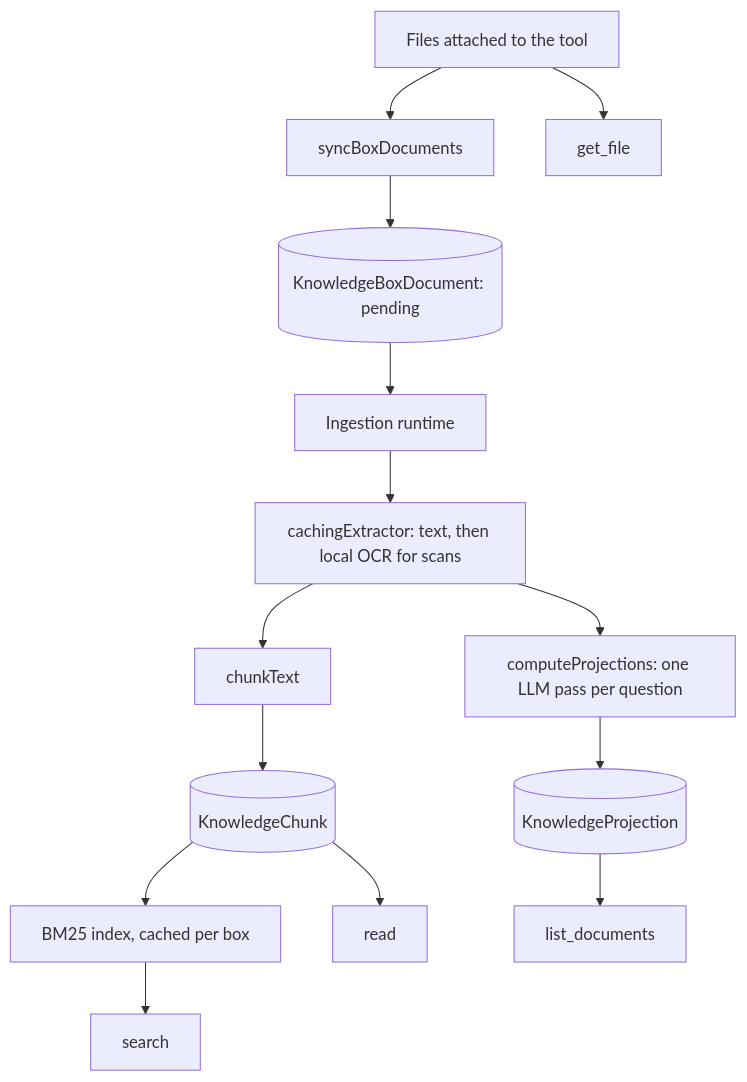
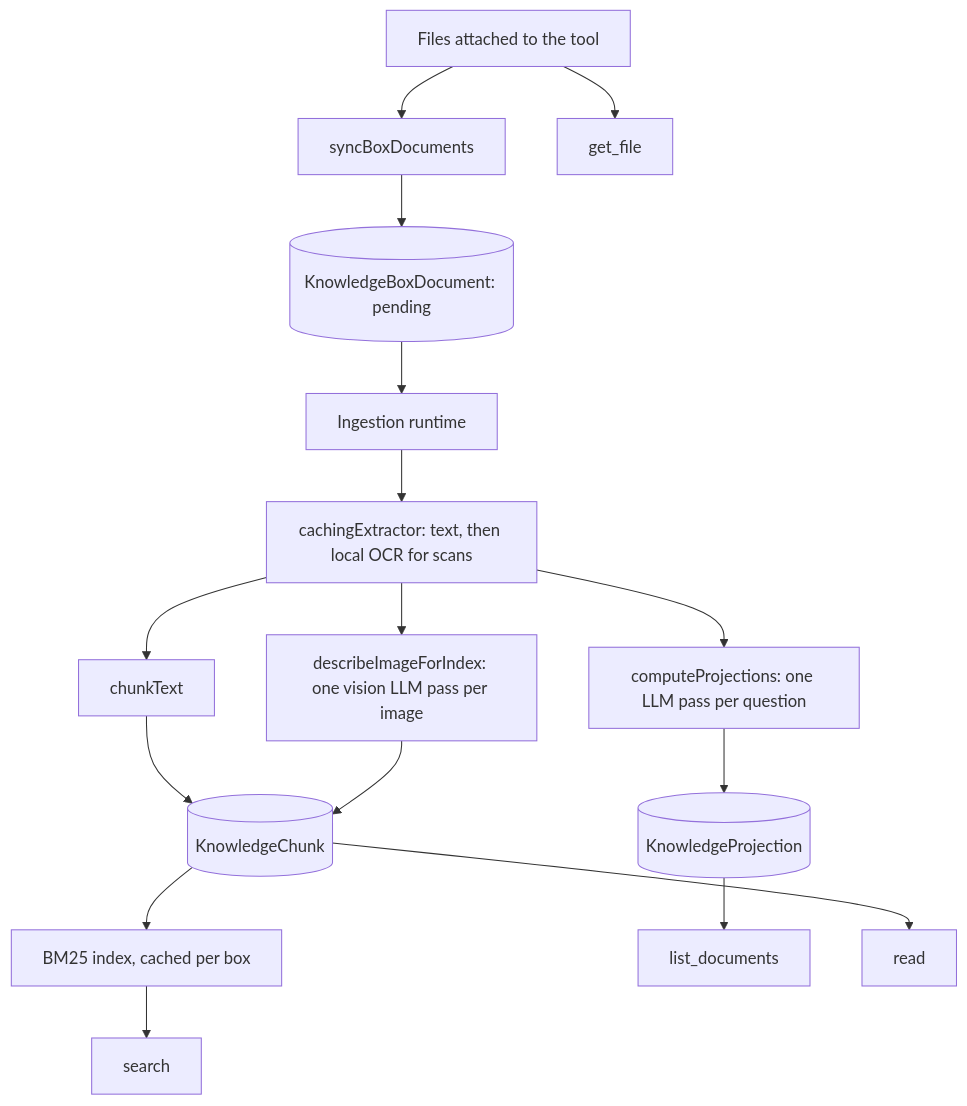
One commit to logicleai/logicle changed the diagram in docs/knowledge-box.md. Above: the diagram before and after it, drawn with Mermaid. The commit also changed other lines of this file and 7 other files, not shown here.

Commit message:
feat: index knowledge images with vision descriptions

````diff
--- a/docs/knowledge-box.md
+++ b/docs/knowledge-box.md
@@ -38,16 +38,18 @@
 ```mermaid
 flowchart TD
   A[Files attached to the tool] --> B[syncBoxDocuments]
   B --> C[(KnowledgeBoxDocument: pending)]
   C --> D[Ingestion runtime]
   D --> E[cachingExtractor: text, then local OCR for scans]
   E --> F[chunkText]
   E --> G[computeProjections: one LLM pass per question]
+  E --> V[describeImageForIndex: one vision LLM pass per image]
   F --> H[(KnowledgeChunk)]
+  V --> H
   G --> I[(KnowledgeProjection)]
   H --> J[BM25 index, cached per box]
   I --> K[list_documents]
   J --> L[search]
   H --> M[read]
   A --> N[get_file]
 ```
````
